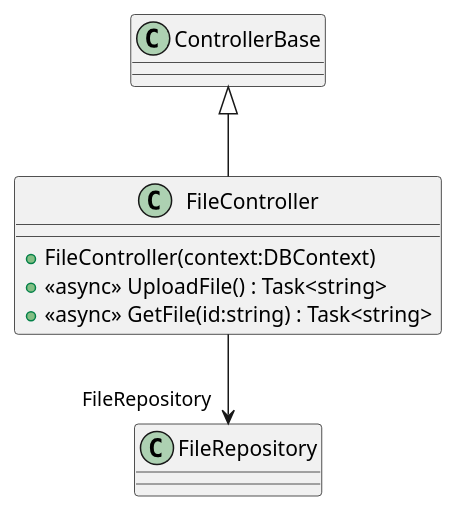
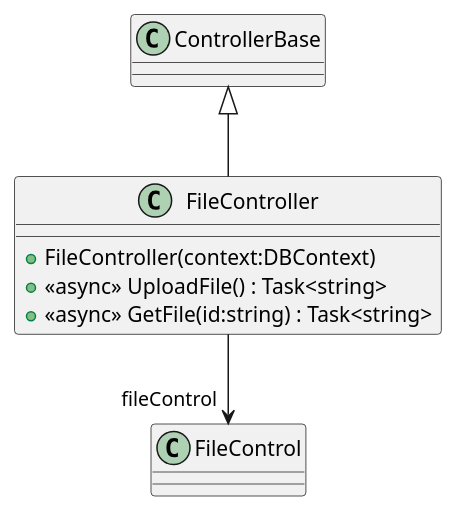
Before and after one commit to timothxy/ICT2106_P3_Project: the diagram in YouthActionDotNet/UML/Controllers/FileController.puml, drawn with PlantUML. The commit also changed 31 other files, not shown here.

Commit message:
update uml

```diff
--- a/YouthActionDotNet/UML/Controllers/FileController.puml
+++ b/YouthActionDotNet/UML/Controllers/FileController.puml
@@ -1,9 +1,9 @@
 @startuml
 class FileController {
     + FileController(context:DBContext)
     + <<async>> UploadFile() : Task<string>
     + <<async>> GetFile(id:string) : Task<string>
 }
 ControllerBase <|-- FileController
-FileController --> "FileRepository" FileRepository
+FileController --> "fileControl" FileControl
 @enduml
```
